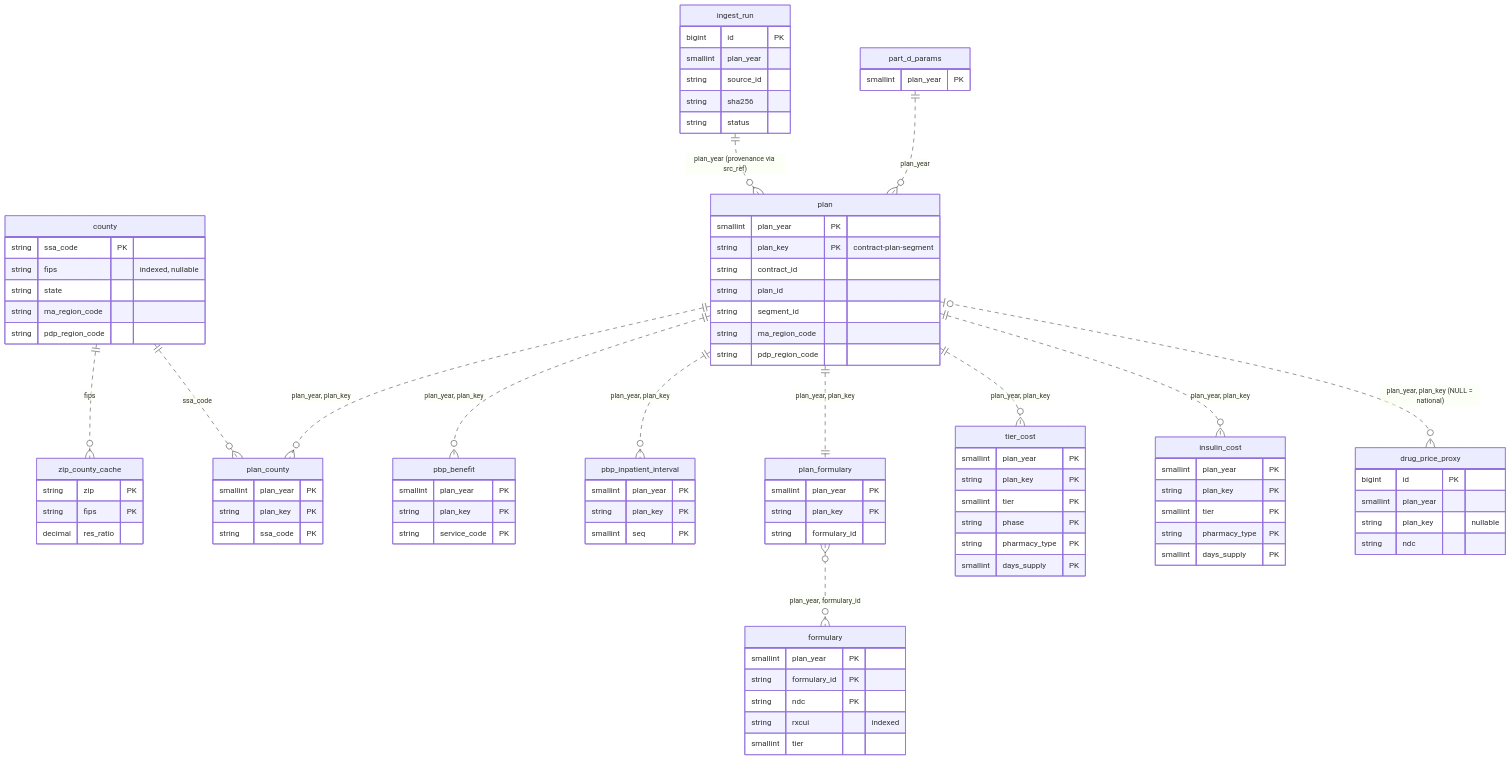
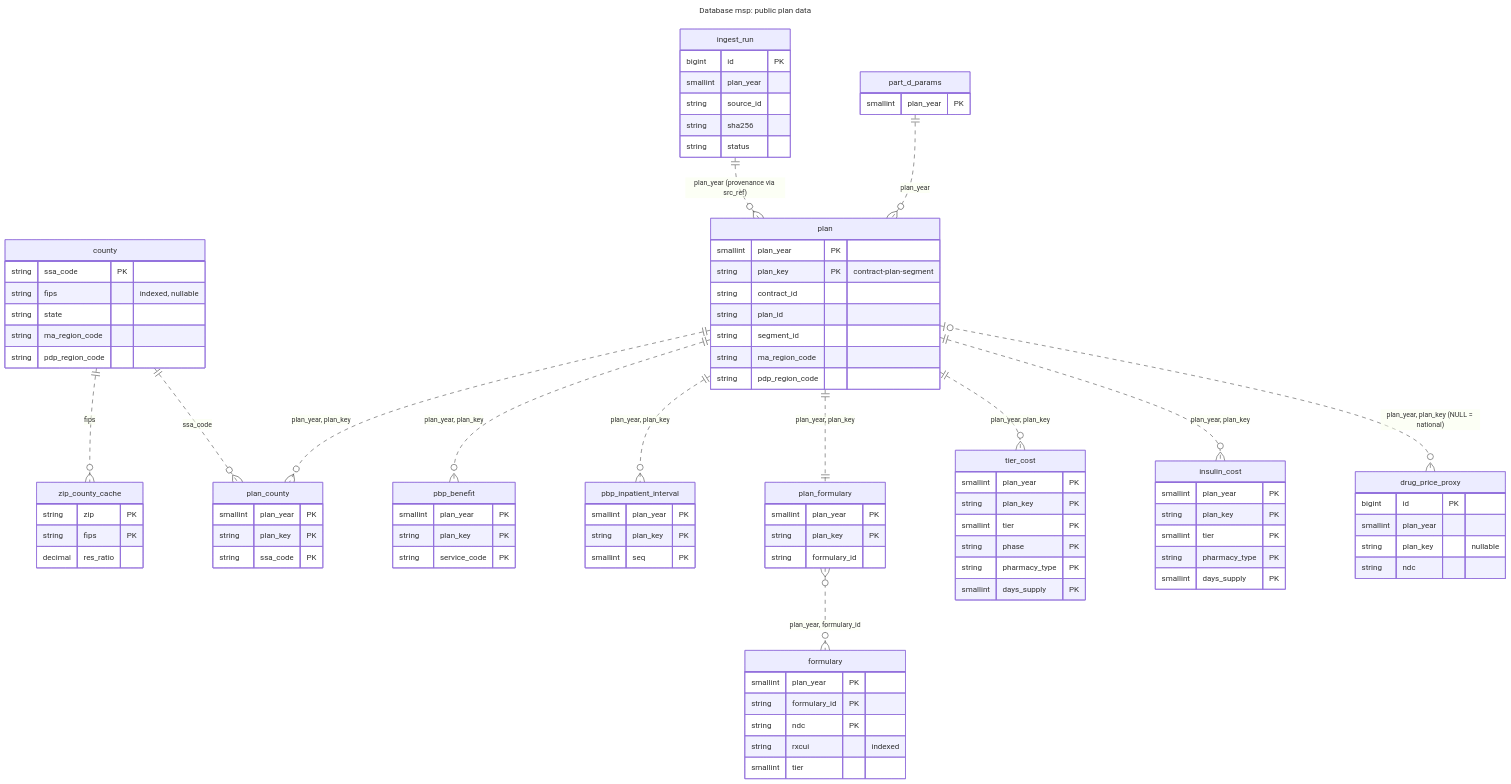
One commit to thomas-choi/medicare-plan-selector changed the fourth of 5 diagrams in docs/design/DESIGN.md. Above: the diagram before and after it, drawn with Mermaid. The commit also changed other lines of this file, not shown here.

Commit message:
docs(design): name database msp in data model diagram titles

````diff
--- a/docs/design/DESIGN.md
+++ b/docs/design/DESIGN.md
@@ -172,4 +175,7 @@
 ```mermaid
+---
+title: "Database msp: public plan data"
+---
 erDiagram
     ingest_run {
         bigint id PK
````
